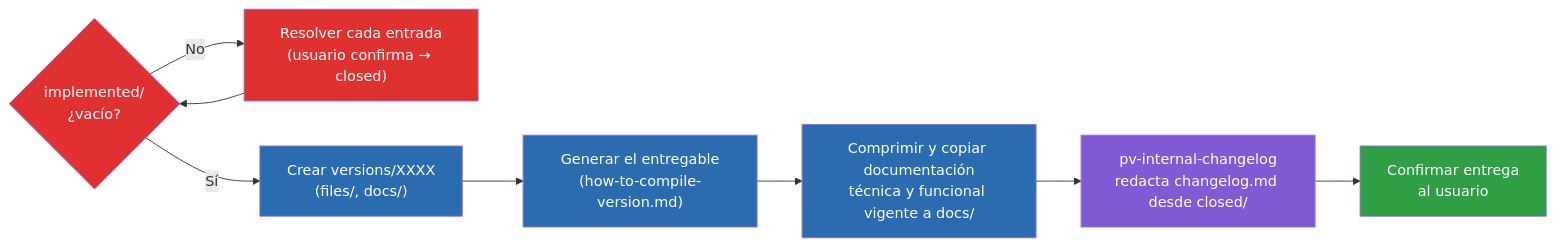
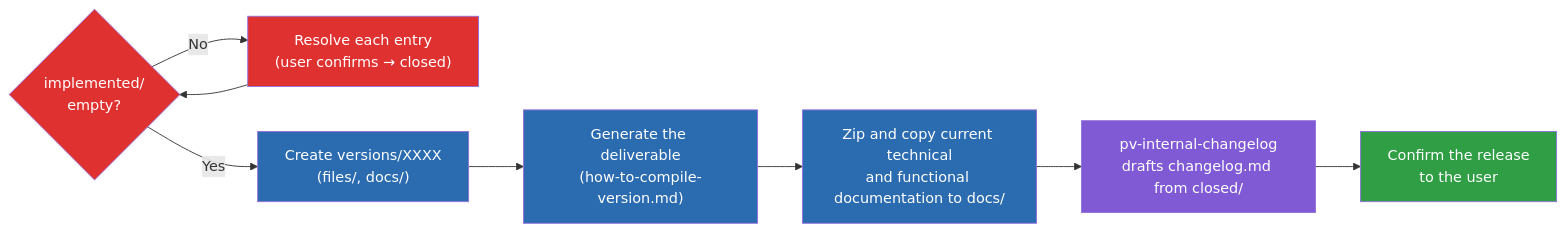
The diagram in .claude/skills/pv-version/version-flow-diagram.template.md (yeyopepe/previo), drawn with Mermaid before and after one commit. The commit also changed other lines of this file and 60 other files, not shown here.

````diff
--- a/.claude/skills/pv-version/version-flow-diagram.template.md
+++ b/.claude/skills/pv-version/version-flow-diagram.template.md
@@ -5,22 +5,22 @@
 ```mermaid
 flowchart LR
-    Guard{"implemented/\n¿vacío?"}
-    Resolve["Resolver cada entrada\n(usuario confirma → closed)"]
-    Folder["Crear versions/XXXX\n(files/, docs/)"]
-    Compile["Generar el entregable\n(how-to-compile-version.md)"]
-    Docs["Comprimir y copiar documentación\ntécnica y funcional vigente a docs/"]
-    Changelog["pv-internal-changelog\nredacta changelog.md desde closed/"]
-    Confirm["Confirmar entrega\nal usuario"]
+    Guard{"implemented/\nempty?"}
+    Resolve["Resolve each entry\n(user confirms → closed)"]
+    Folder["Create versions/XXXX\n(files/, docs/)"]
+    Compile["Generate the deliverable\n(how-to-compile-version.md)"]
+    Docs["Zip and copy current technical\nand functional documentation to docs/"]
+    Changelog["pv-internal-changelog\ndrafts changelog.md from closed/"]
+    Confirm["Confirm the release\nto the user"]
 
     Guard -- No --> Resolve --> Guard
-    Guard -- Sí --> Folder --> Compile --> Docs --> Changelog --> Confirm
+    Guard -- Yes --> Folder --> Compile --> Docs --> Changelog --> Confirm
 
     classDef guardrail fill:#e03131,color:#fff
     classDef core fill:#2b6cb0,color:#fff
     classDef internal fill:#805ad5,color:#fff
     classDef done fill:#2f9e44,color:#fff
     class Guard,Resolve guardrail
     class Folder,Compile,Docs core
     class Changelog internal
     class Confirm done
 ```
````
